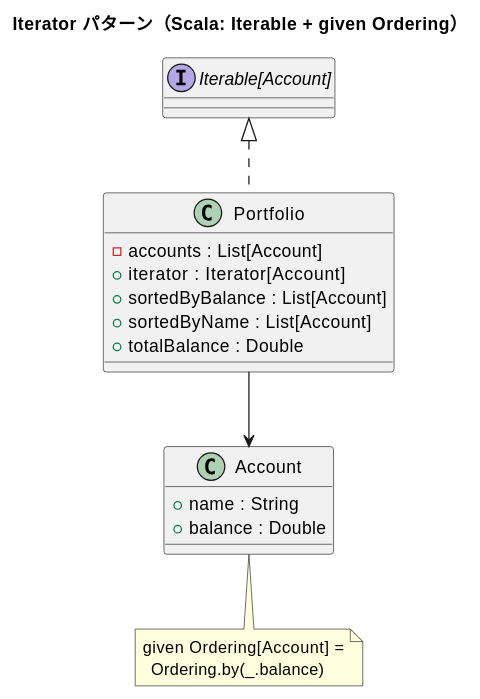
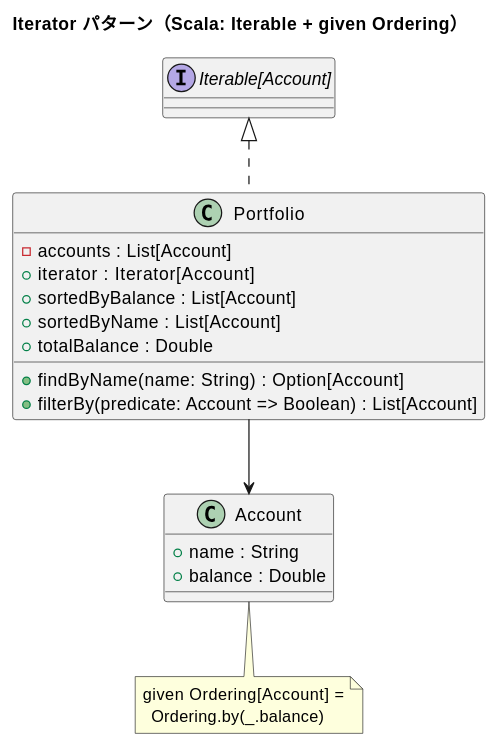
Before and after one commit to k2works/getting-started-design-pattern: the diagram in docs/article/scala/08-iterator.md, drawn with PlantUML. The commit also changed other lines of this file and 6 other files, not shown here.

````diff
--- a/docs/article/scala/08-iterator.md
+++ b/docs/article/scala/08-iterator.md
@@ -13,28 +13,30 @@
 ```plantuml
 @startuml
 title Iterator パターン（Scala: Iterable + given Ordering）
 
 class Account {
   + name : String
   + balance : Double
 }
 
 class Portfolio {
   - accounts : List[Account]
   + iterator : Iterator[Account]
   + sortedByBalance : List[Account]
   + sortedByName : List[Account]
   + totalBalance : Double
+  + findByName(name: String) : Option[Account]
+  + filterBy(predicate: Account => Boolean) : List[Account]
 }
 
 interface "Iterable[Account]" as Iter
 
 note bottom of Account
   given Ordering[Account] =
     Ordering.by(_.balance)
 end note
 
 Iter <|.. Portfolio
 Portfolio --> Account
 @enduml
 ```
````
